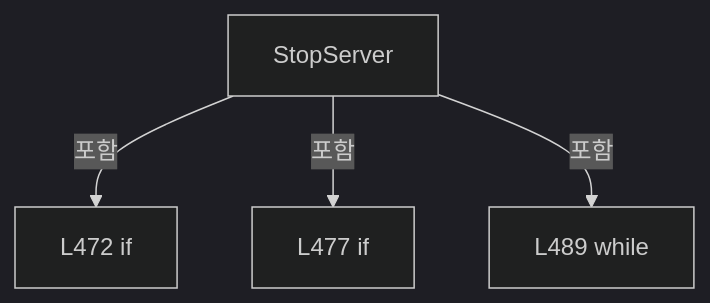
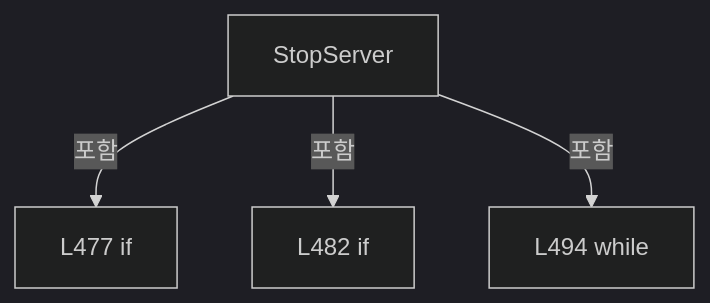
Diagram 17 of 40 in A3 LD Code Ref/files/Drilling.Common/Interface/Vision/CVisionComm.cs.md (kjuws10-rgb/Shared), drawn with Mermaid (dark theme) before and after one commit. The commit also changed other lines of this file and 2071 other files, not shown here.

Commit message:
docs(a3): update 11.19.0 architecture and code reference

````diff
--- a/A3 LD Code Ref/files/Drilling.Common/Interface/Vision/CVisionComm.cs.md
+++ b/A3 LD Code Ref/files/Drilling.Common/Interface/Vision/CVisionComm.cs.md
@@ -2094,10 +2094,10 @@
 ```mermaid
 flowchart TD
  M["StopServer"]
- N0["L472 if"]
+ N0["L477 if"]
  M -->|포함| N0
- N1["L477 if"]
+ N1["L482 if"]
  M -->|포함| N1
- N2["L489 while"]
+ N2["L494 while"]
  M -->|포함| N2
 ```
````
